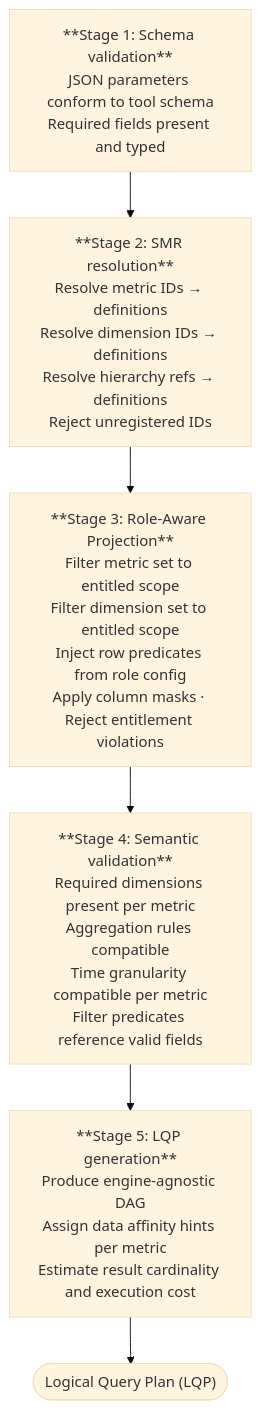
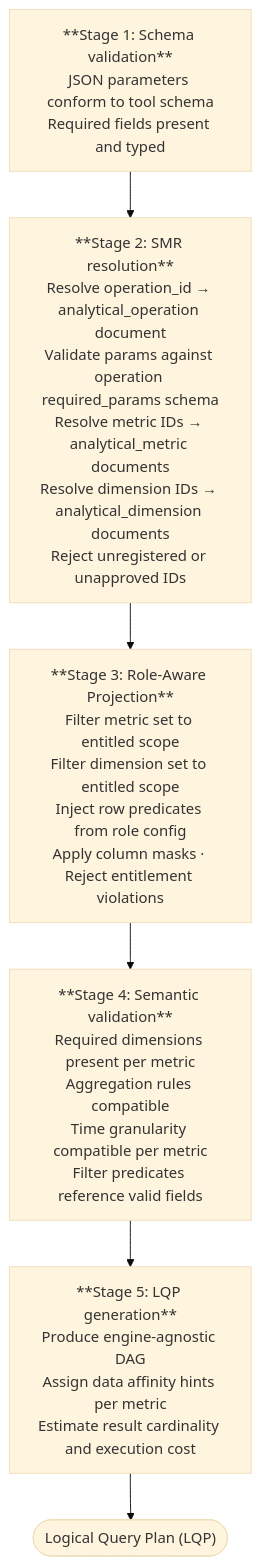
The third of 6 diagrams in docs/product/analytics/03-core-capabilities.md (M-A-Operating-System/shared-work), drawn with Mermaid (base theme) before and after one commit. The commit also changed other lines of this file, not shown here.

First line of the commit message:
docs(analytics): update core capabilities for MCP, SMR, SIL, and lineage decisions (partial)

````diff
--- a/docs/product/analytics/03-core-capabilities.md
+++ b/docs/product/analytics/03-core-capabilities.md
@@ -374,11 +359,11 @@
 ```mermaid
 flowchart TD
     S1["**Stage 1: Schema validation**\nJSON parameters conform to tool schema\nRequired fields present and typed"]
-    S2["**Stage 2: SMR resolution**\nResolve metric IDs → definitions\nResolve dimension IDs → definitions\nResolve hierarchy refs → definitions\nReject unregistered IDs"]
+    S2["**Stage 2: SMR resolution**\nResolve operation_id → analytical_operation document\nValidate params against operation required_params schema\nResolve metric IDs → analytical_metric documents\nResolve dimension IDs → analytical_dimension documents\nReject unregistered or unapproved IDs"]
     S3["**Stage 3: Role-Aware Projection**\nFilter metric set to entitled scope\nFilter dimension set to entitled scope\nInject row predicates from role config\nApply column masks · Reject entitlement violations"]
     S4["**Stage 4: Semantic validation**\nRequired dimensions present per metric\nAggregation rules compatible\nTime granularity compatible per metric\nFilter predicates reference valid fields"]
     S5["**Stage 5: LQP generation**\nProduce engine-agnostic DAG\nAssign data affinity hints per metric\nEstimate result cardinality and execution cost"]
     LQP(["Logical Query Plan (LQP)"])
 
     S1 --> S2 --> S3 --> S4 --> S5 --> LQP
 ```
````
